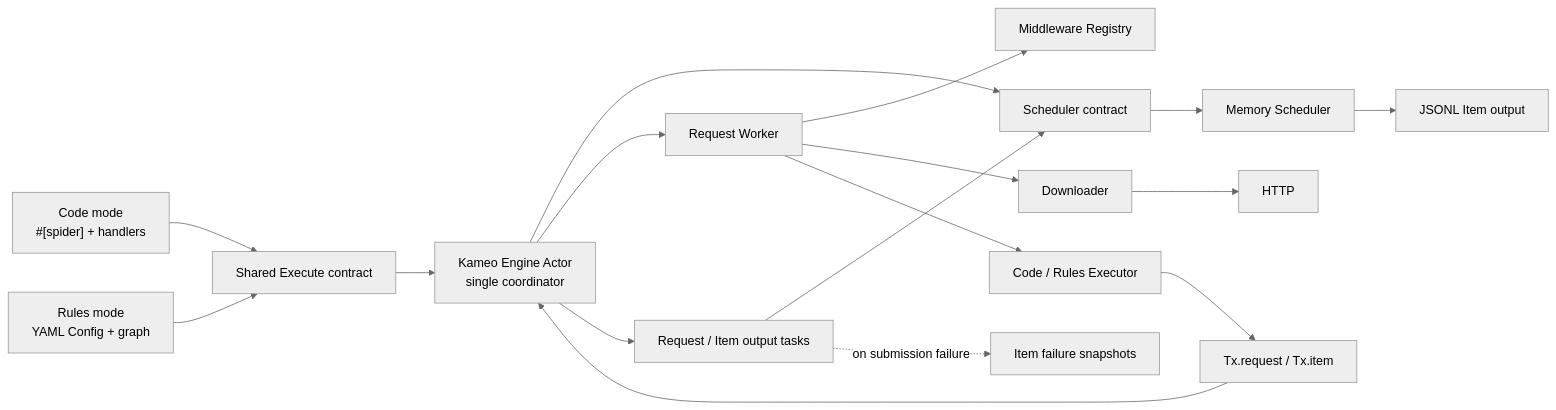
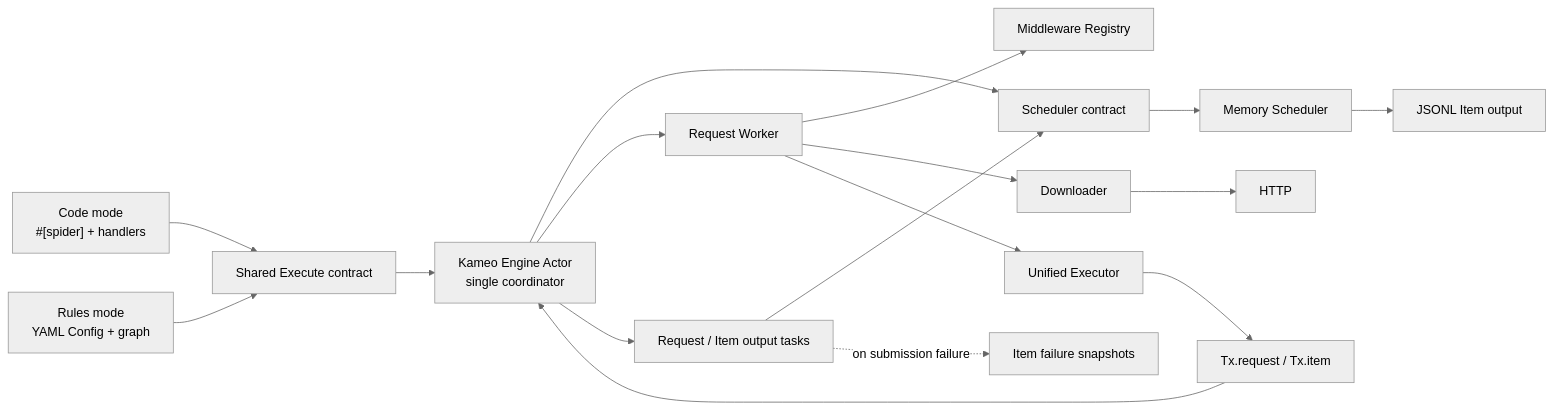
The first of 5 diagrams in docs/architecture.md (halo-space/crawler), drawn with Mermaid (neutral theme) before and after one commit. The commit also changed other lines of this file and 18 other files, not shown here.

````diff
--- a/docs/architecture.md
+++ b/docs/architecture.md
@@ -52,35 +52,35 @@
 ```mermaid
 flowchart LR
     C["Code mode<br/>#[spider] + handlers"]
     R["Rules mode<br/>YAML Config + graph"]
     X["Shared Execute contract"]
     T["Tx.request / Tx.item"]
     A["Kameo Engine Actor<br/>single coordinator"]
     S["Scheduler contract"]
     M["Memory Scheduler"]
     W["Request Worker"]
     MW["Middleware Registry"]
     D["Downloader"]
     H["HTTP"]
-    E["Code / Rules Executor"]
+    E["Unified Executor"]
     O["Request / Item output tasks"]
     P["JSONL Item output"]
     F["Item failure snapshots"]
 
     C --> X
     R --> X
     X --> A
     A --> S
     S --> M
     A --> W
     W --> MW
     W --> D
     D --> H
     W --> E
     E --> T
     T --> A
     A --> O
     O --> S
     M --> P
     O -. on submission failure .-> F
 ```
````
